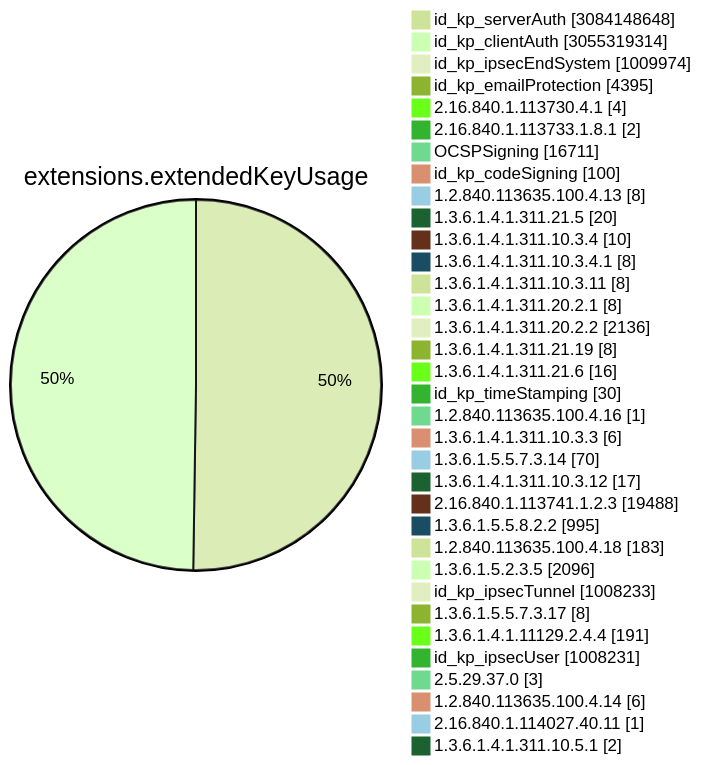
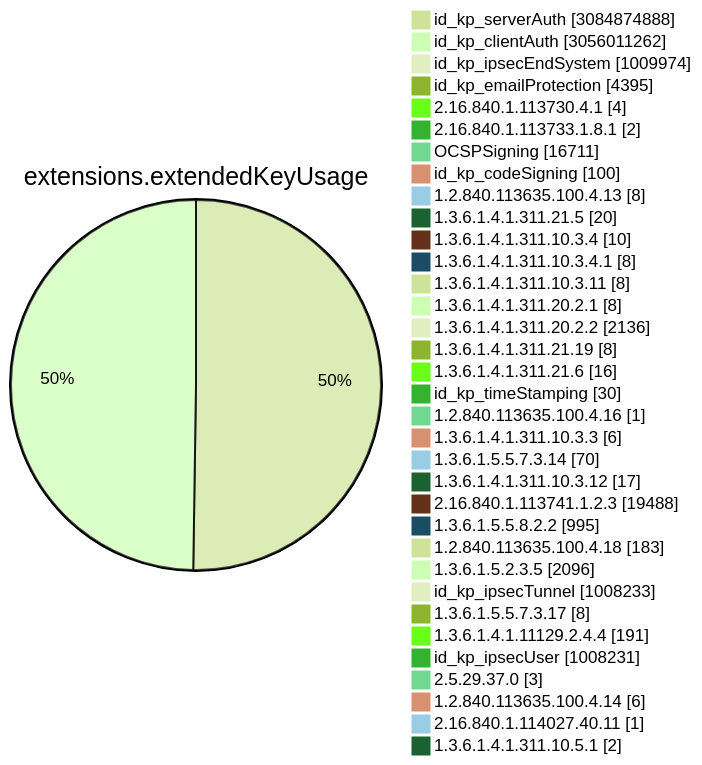
One commit to christiankrug/ctmonitor_visualization changed diagram 11 of 15 in TOTAL/README.md. Above: the diagram before and after it, drawn with Mermaid (forest theme). The commit also changed other lines of this file, not shown here.

````diff
--- a/TOTAL/README.md
+++ b/TOTAL/README.md
@@ -4119,38 +4119,38 @@
 ```mermaid
 pie showData
 title extensions.extendedKeyUsage
-"id_kp_serverAuth" :3084148648
-"id_kp_clientAuth" :3055319314
+"id_kp_serverAuth" :3084874888
+"id_kp_clientAuth" :3056011262
 "id_kp_ipsecEndSystem" :1009974
 "id_kp_emailProtection" :4395
 "2.16.840.1.113730.4.1" :4
 "2.16.840.1.113733.1.8.1" :2
 "OCSPSigning" :16711
 "id_kp_codeSigning" :100
 "1.2.840.113635.100.4.13" :8
 "1.3.6.1.4.1.311.21.5" :20
 "1.3.6.1.4.1.311.10.3.4" :10
 "1.3.6.1.4.1.311.10.3.4.1" :8
 "1.3.6.1.4.1.311.10.3.11" :8
 "1.3.6.1.4.1.311.20.2.1" :8
 "1.3.6.1.4.1.311.20.2.2" :2136
 "1.3.6.1.4.1.311.21.19" :8
 "1.3.6.1.4.1.311.21.6" :16
 "id_kp_timeStamping" :30
 "1.2.840.113635.100.4.16" :1
 "1.3.6.1.4.1.311.10.3.3" :6
 "1.3.6.1.5.5.7.3.14" :70
 "1.3.6.1.4.1.311.10.3.12" :17
 "2.16.840.1.113741.1.2.3" :19488
 "1.3.6.1.5.5.8.2.2" :995
 "1.2.840.113635.100.4.18" :183
 "1.3.6.1.5.2.3.5" :2096
 "id_kp_ipsecTunnel" :1008233
 "1.3.6.1.5.5.7.3.17" :8
 "1.3.6.1.4.1.11129.2.4.4" :191
 "id_kp_ipsecUser" :1008231
 "2.5.29.37.0" :3
 "1.2.840.113635.100.4.14" :6
 "2.16.840.1.114027.40.11" :1
 "1.3.6.1.4.1.311.10.5.1" :2
 ```
````
